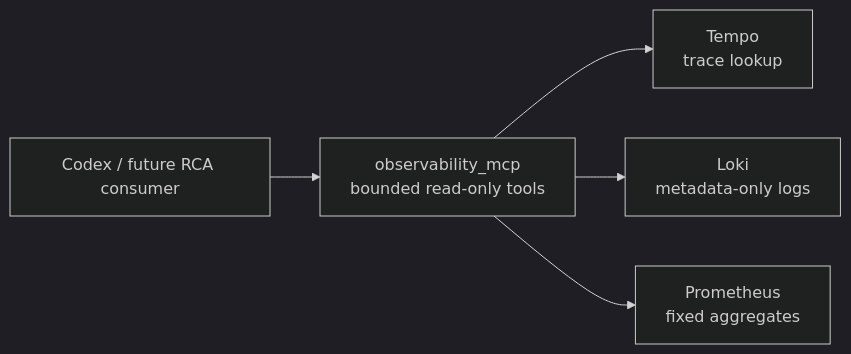
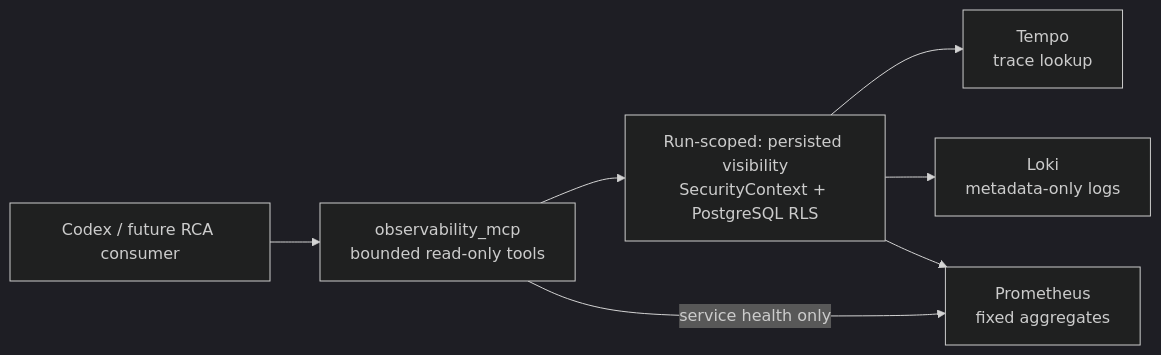
The third of 4 diagrams in docs/architecture/observability.md (aboerzel/industrial-ai-agent), drawn with Mermaid (dark theme) before and after one commit. The commit also changed other lines of this file and 14 other files, not shown here.

Commit message:
fix: enforce run visibility for observability

````diff
--- a/docs/architecture/observability.md
+++ b/docs/architecture/observability.md
@@ -289,7 +289,9 @@
 ```mermaid
 flowchart LR
     Codex["Codex / future RCA consumer"] --> MCP["observability_mcp\nbounded read-only tools"]
-    MCP --> Tempo["Tempo\ntrace lookup"]
-    MCP --> Loki["Loki\nmetadata-only logs"]
-    MCP --> Prometheus["Prometheus\nfixed aggregates"]
+    MCP --> Gate["Run-scoped: persisted visibility\nSecurityContext + PostgreSQL RLS"]
+    Gate --> Tempo["Tempo\ntrace lookup"]
+    Gate --> Loki["Loki\nmetadata-only logs"]
+    Gate --> Prometheus["Prometheus\nfixed aggregates"]
+    MCP -->|service health only| Prometheus
 ```
````
